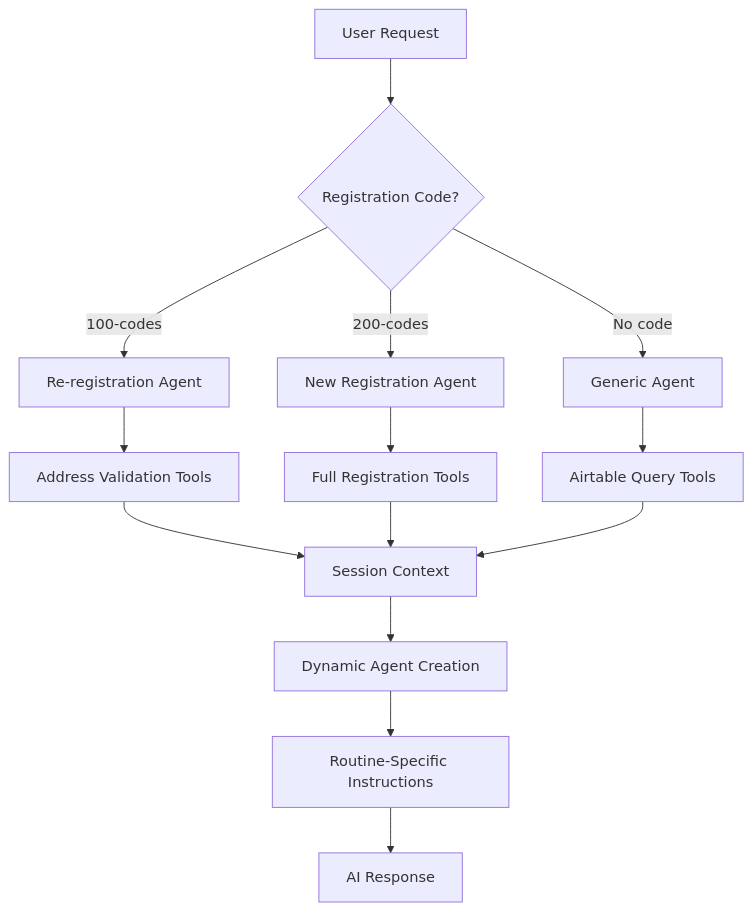
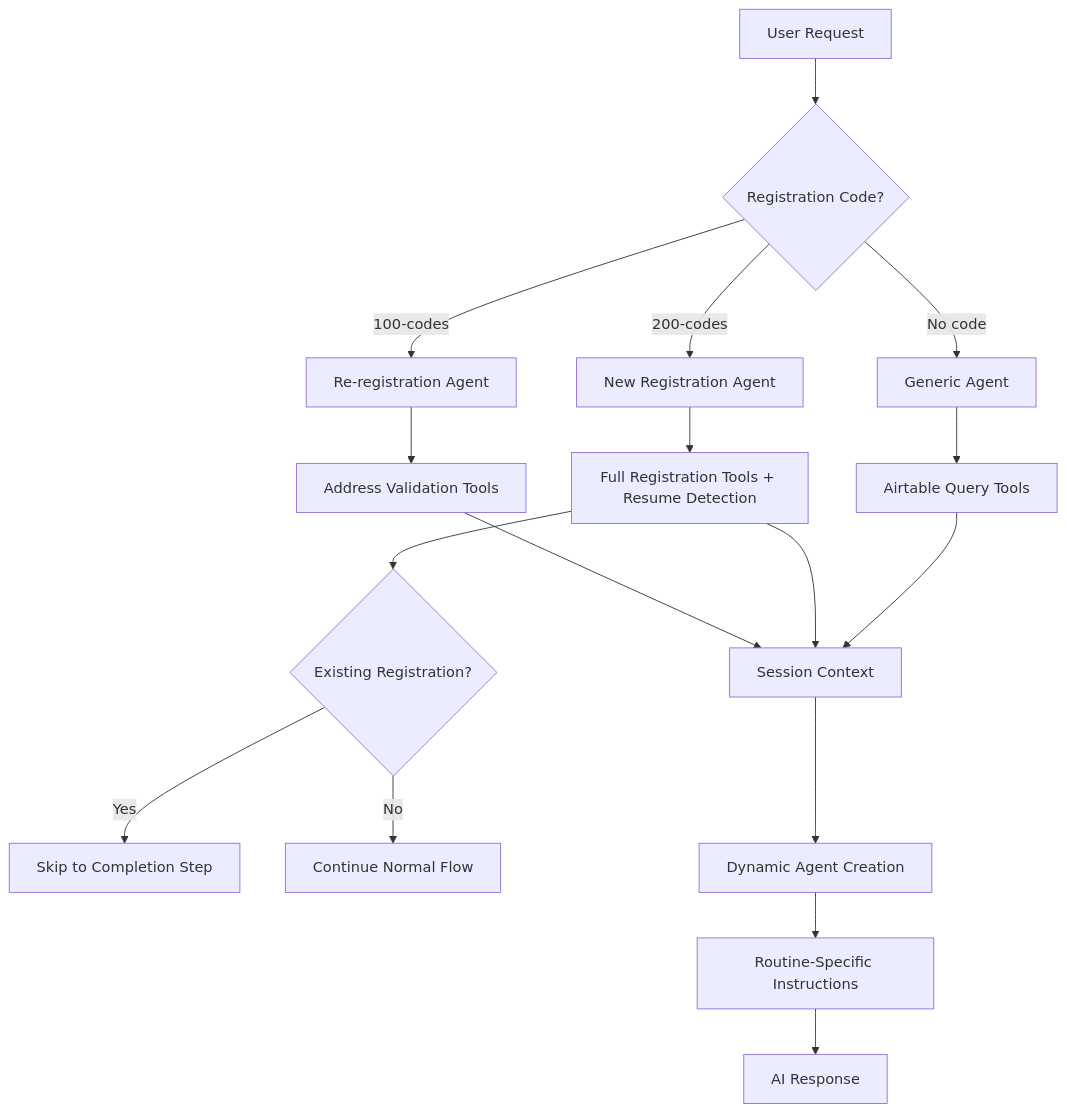
Before and after one commit to junksamiad/utjfc_reg_agent: the diagram in system_docs/backend/agent_orchestration_LLD.md, drawn with Mermaid. The commit also changed other lines of this file and 4 other files, not shown here.

````diff
--- a/system_docs/backend/agent_orchestration_LLD.md
+++ b/system_docs/backend/agent_orchestration_LLD.md
@@ -26,19 +26,23 @@
 ```mermaid
 graph TB
     A[User Request] --> B{Registration Code?}
     B -->|100-codes| C[Re-registration Agent]
     B -->|200-codes| D[New Registration Agent]
     B -->|No code| E[Generic Agent]
     
     C --> F[Address Validation Tools]
-    D --> G[Full Registration Tools]
+    D --> G[Full Registration Tools + Resume Detection]
     E --> H[Airtable Query Tools]
     
     F --> I[Session Context]
     G --> I
     H --> I
     
+    G --> G1{Existing Registration?}
+    G1 -->|Yes| G2[Skip to Completion Step]
+    G1 -->|No| G3[Continue Normal Flow]
+    
     I --> J[Dynamic Agent Creation]
     J --> K[Routine-Specific Instructions]
     K --> L[AI Response]
 ```
````
